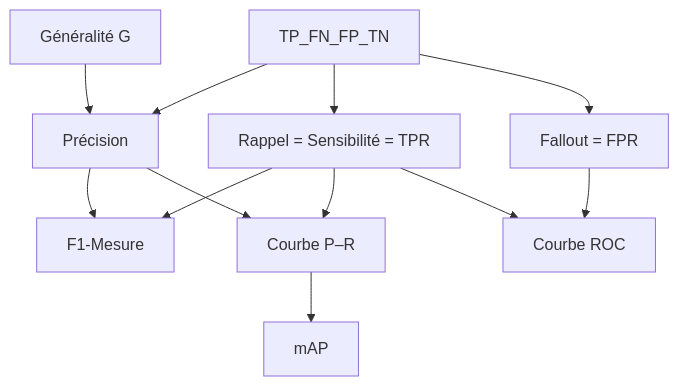
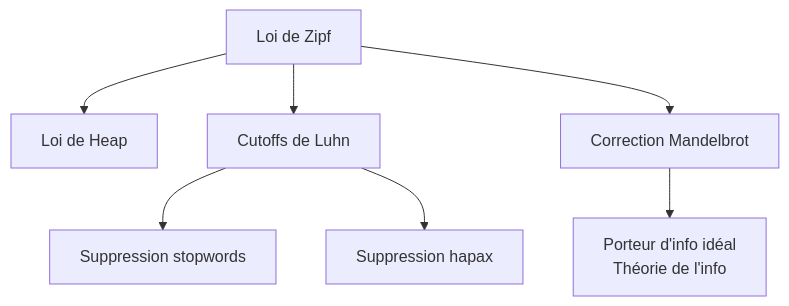
The second of 2 diagrams in website/fr/ch6r.qmd (Arkanthara/information_retrieval), drawn with Mermaid before and after one commit. The commit also changed other lines of this file and 6 other files, not shown here.

````diff
--- a/website/fr/ch6r.qmd
+++ b/website/fr/ch6r.qmd
@@ -164,14 +123,9 @@
 ```{mermaid}
-graph TD
-    TP_FN_FP_TN --> P[Précision]
-    TP_FN_FP_TN --> R[Rappel = Sensibilité = TPR]
-    TP_FN_FP_TN --> Fallout[Fallout = FPR]
-    P --> F1[F1-Mesure]
-    R --> F1
-    R --> PR[Courbe P–R]
-    P --> PR
-    PR --> mAP[mAP]
-    R --> ROC[Courbe ROC]
-    Fallout --> ROC
-    G[Généralité G] --> P
+flowchart TD
+    Z[Loi de Zipf] --> H[Loi de Heap]
+    Z --> L[Cutoffs de Luhn]
+    Z --> M[Correction Mandelbrot]
+    M --> IT[Porteur d'info idéal\nThéorie de l'info]
+    L --> S[Suppression stopwords]
+    L --> R[Suppression hapax]
 ```
````
